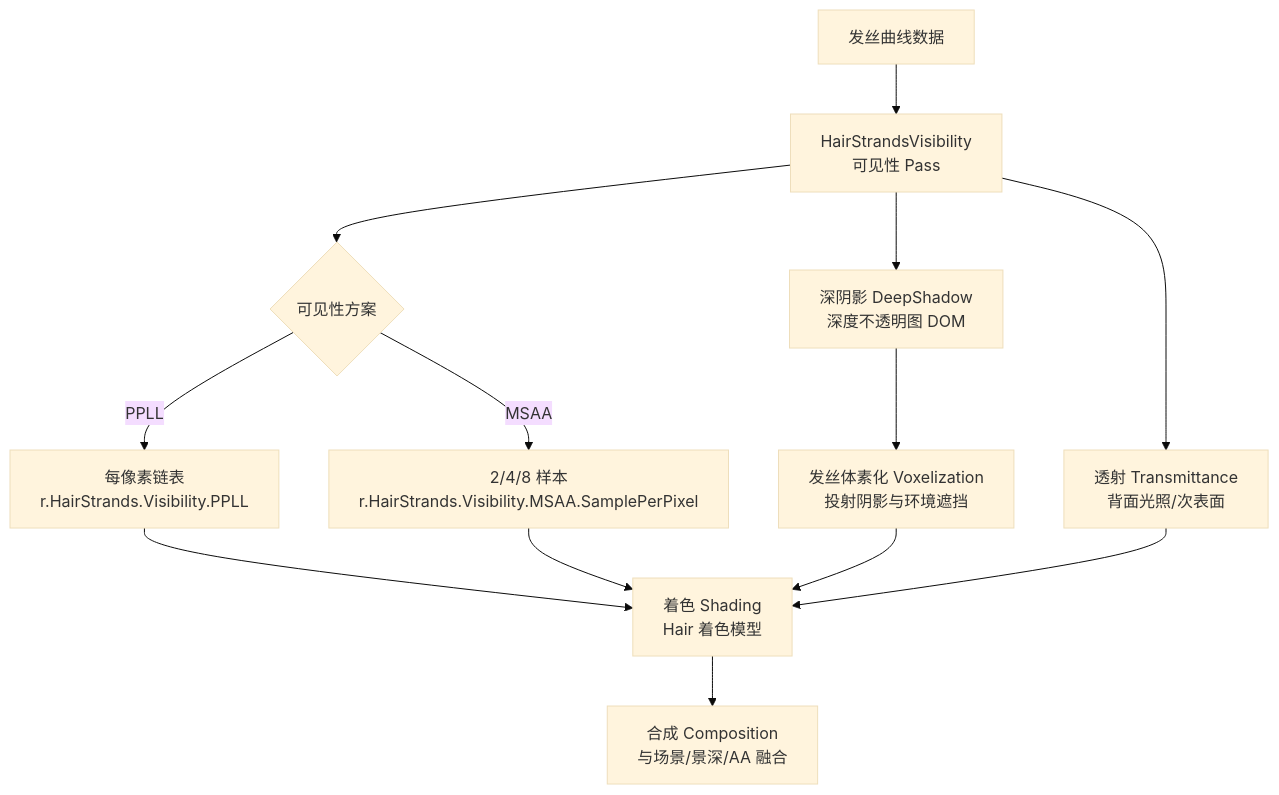
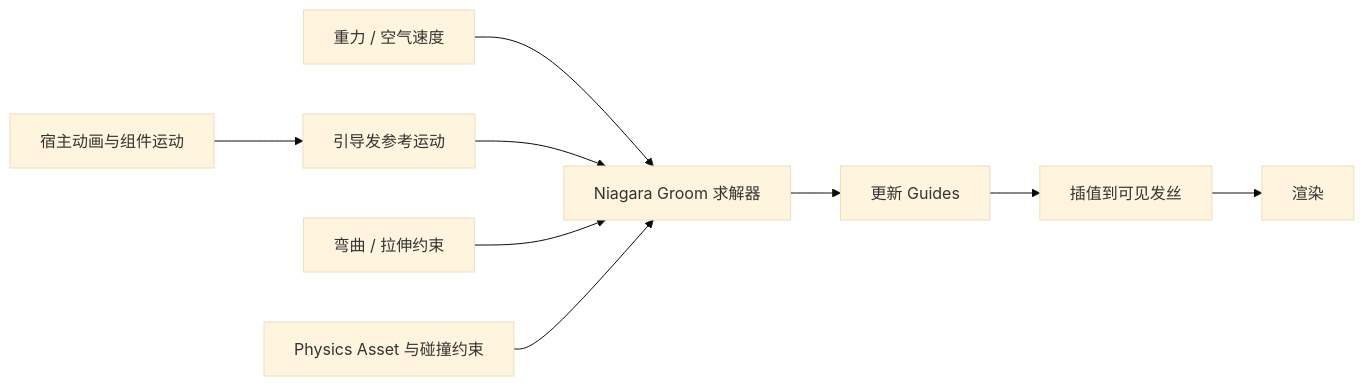
Before and after one commit to fantuan812/learning: the second of 3 diagrams in 知识/04-图形动画与物理仿真/材质地形与世界表现/06-Groom毛发系统.md, drawn with Mermaid (base theme). The commit also changed other lines of this file and 1 other file, not shown here.

````diff
--- a/知识/04-图形动画与物理仿真/材质地形与世界表现/06-Groom毛发系统.md
+++ b/知识/04-图形动画与物理仿真/材质地形与世界表现/06-Groom毛发系统.md
@@ -106,15 +109,11 @@
 ```mermaid
-flowchart TB
-    A[发丝曲线数据] --> B[HairStrandsVisibility<br/>可见性 Pass]
-    B --> C{可见性方案}
-    C -->|PPLL| C1[每像素链表<br/>r.HairStrands.Visibility.PPLL]
-    C -->|MSAA| C2[2/4/8 样本<br/>r.HairStrands.Visibility.MSAA.SamplePerPixel]
-    B --> D[深阴影 DeepShadow<br/>深度不透明图 DOM]
-    D --> E[发丝体素化 Voxelization<br/>投射阴影与环境遮挡]
-    B --> F[透射 Transmittance<br/>背面光照/次表面]
-    C1 --> G[着色 Shading<br/>Hair 着色模型]
-    C2 --> G
-    E --> G
-    F --> G
-    G --> H[合成 Composition<br/>与场景/景深/AA 融合]
+flowchart LR
+    A[宿主动画与组件运动] --> B[引导发参考运动]
+    C[重力 / 空气速度] --> D[Niagara Groom 求解器]
+    B --> D
+    E[弯曲 / 拉伸约束] --> D
+    F[Physics Asset 与碰撞约束] --> D
+    D --> G[更新 Guides]
+    G --> H[插值到可见发丝]
+    H --> I[渲染]
 ```
````
